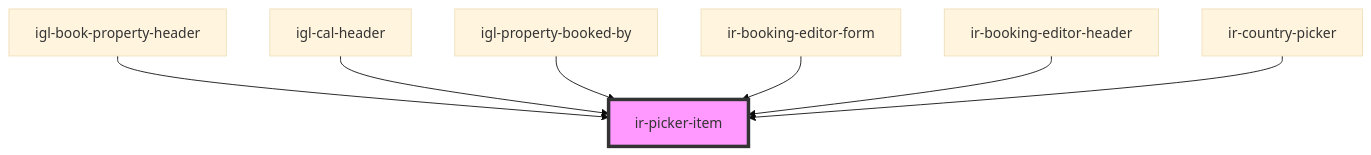
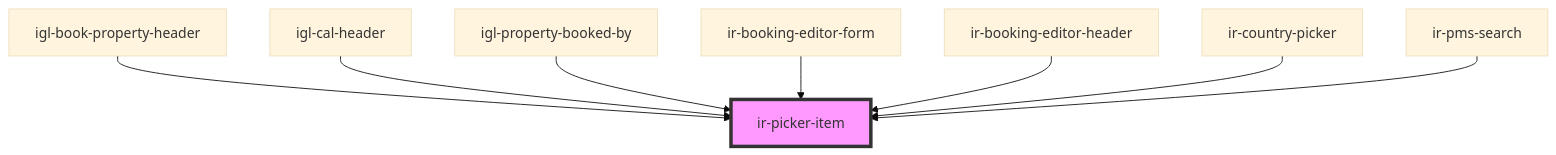
The diagram in src/components/ui/ir-picker/ir-picker-item/readme.md (RonyRizk/ir-webcmp), drawn with Mermaid (base theme) before and after one commit. The commit also changed other lines of this file and 98 other files, not shown here.

````diff
--- a/src/components/ui/ir-picker/ir-picker-item/readme.md
+++ b/src/components/ui/ir-picker/ir-picker-item/readme.md
@@ -39,10 +40,11 @@
 ```mermaid
 graph TD;
   igl-book-property-header --> ir-picker-item
   igl-cal-header --> ir-picker-item
   igl-property-booked-by --> ir-picker-item
   ir-booking-editor-form --> ir-picker-item
   ir-booking-editor-header --> ir-picker-item
   ir-country-picker --> ir-picker-item
+  ir-pms-search --> ir-picker-item
   style ir-picker-item fill:#f9f,stroke:#333,stroke-width:4px
 ```
````
